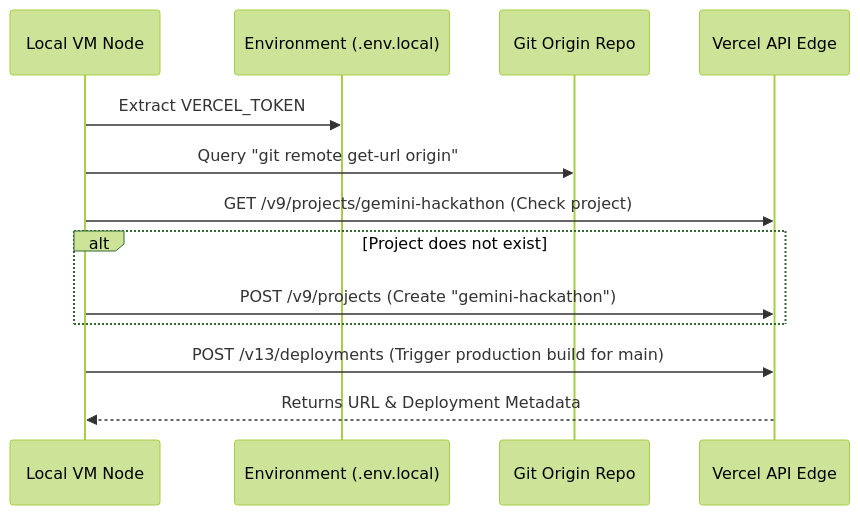
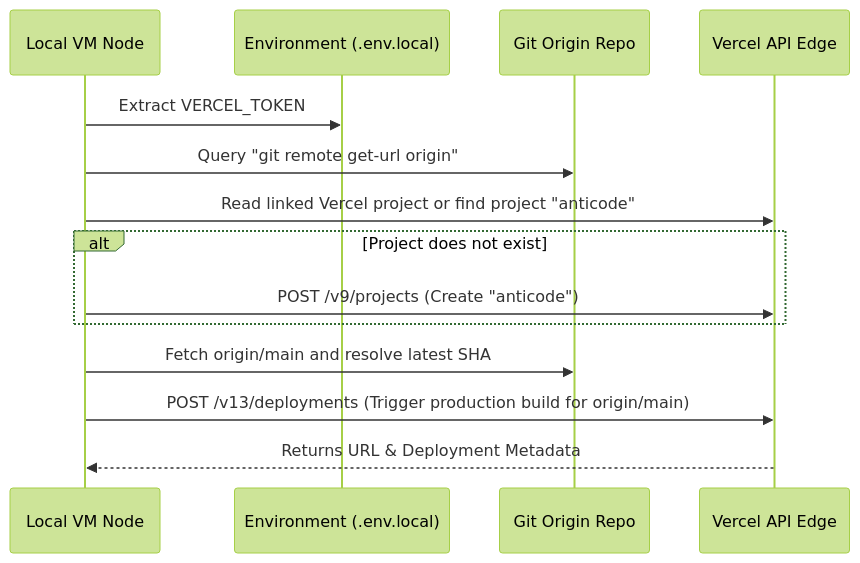
Before and after one commit to ranadeepsingh/gemini-hackathon: the diagram in skills/vercel-integration/SKILL.md, drawn with Mermaid (forest theme). The commit also changed other lines of this file and 4 other files, not shown here.

````diff
--- a/skills/vercel-integration/SKILL.md
+++ b/skills/vercel-integration/SKILL.md
@@ -13,16 +15,17 @@
 ```mermaid
 sequenceDiagram
     participant CLI as Local VM Node
     participant ENV as Environment (.env.local)
     participant GIT as Git Origin Repo
     participant VER as Vercel API Edge
     
     CLI->>ENV: Extract VERCEL_TOKEN
     CLI->>GIT: Query "git remote get-url origin"
-    CLI->>VER: GET /v9/projects/gemini-hackathon (Check project)
+    CLI->>VER: Read linked Vercel project or find project "anticode"
     alt Project does not exist
-        CLI->>VER: POST /v9/projects (Create "gemini-hackathon")
+        CLI->>VER: POST /v9/projects (Create "anticode")
     end
-    CLI->>VER: POST /v13/deployments (Trigger production build for main)
+    CLI->>GIT: Fetch origin/main and resolve latest SHA
+    CLI->>VER: POST /v13/deployments (Trigger production build for origin/main)
     VER-->>CLI: Returns URL & Deployment Metadata
 ```
````
